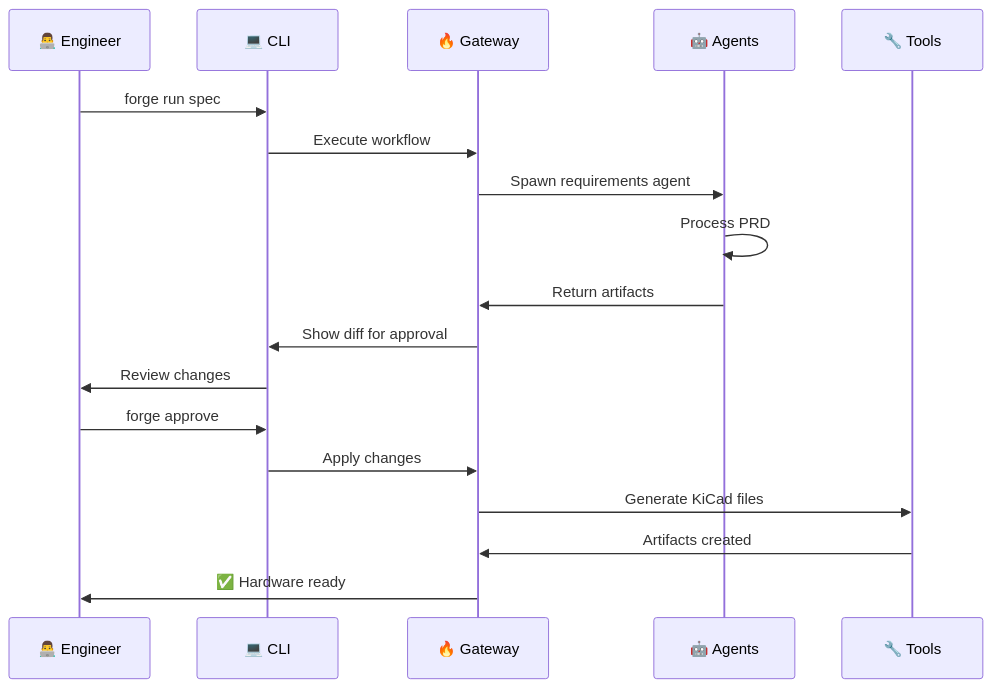
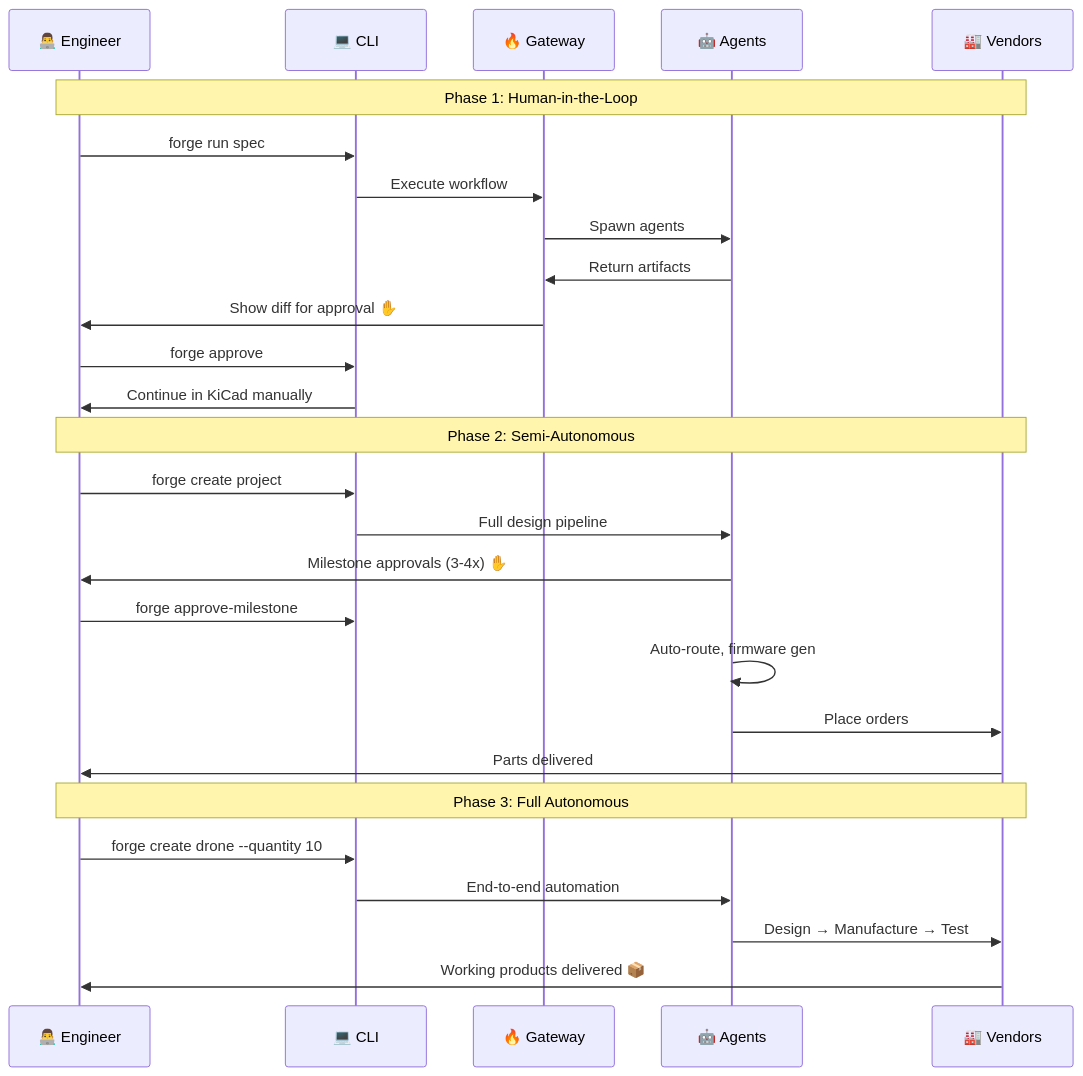
Diagram 11 of 22 in docs/index.md (FidelOdok/MetaForge-Planner), drawn with Mermaid before and after one commit. The commit also changed other lines of this file and 2 other files, not shown here.

First line of the commit message:
docs: update MetaForge documentation to reflect new platform vision and address hardware development challenges

````diff
--- a/docs/index.md
+++ b/docs/index.md
@@ -88,21 +620,32 @@
 ```mermaid
 sequenceDiagram
     participant E as 👨‍💻 Engineer
     participant C as 💻 CLI
     participant G as 🔥 Gateway
     participant A as 🤖 Agents
-    participant T as 🔧 Tools
+    participant V as 🏭 Vendors
 
+    Note over E,V: Phase 1: Human-in-the-Loop
     E->>C: forge run spec
     C->>G: Execute workflow
-    G->>A: Spawn requirements agent
-    A->>A: Process PRD
+    G->>A: Spawn agents
     A->>G: Return artifacts
-    G->>C: Show diff for approval
-    C->>E: Review changes
+    G->>E: Show diff for approval ✋
     E->>C: forge approve
-    C->>G: Apply changes
-    G->>T: Generate KiCad files
-    T->>G: Artifacts created
-    G->>E: ✅ Hardware ready
+    C->>E: Continue in KiCad manually
+
+    Note over E,V: Phase 2: Semi-Autonomous
+    E->>C: forge create project
+    C->>A: Full design pipeline
+    A->>E: Milestone approvals (3-4x) ✋
+    E->>C: forge approve-milestone
+    A->>A: Auto-route, firmware gen
+    A->>V: Place orders
+    V->>E: Parts delivered
+
+    Note over E,V: Phase 3: Full Autonomous
+    E->>C: forge create drone --quantity 10
+    C->>A: End-to-end automation
+    A->>V: Design → Manufacture → Test
+    V->>E: Working products delivered 📦
 ```
````
